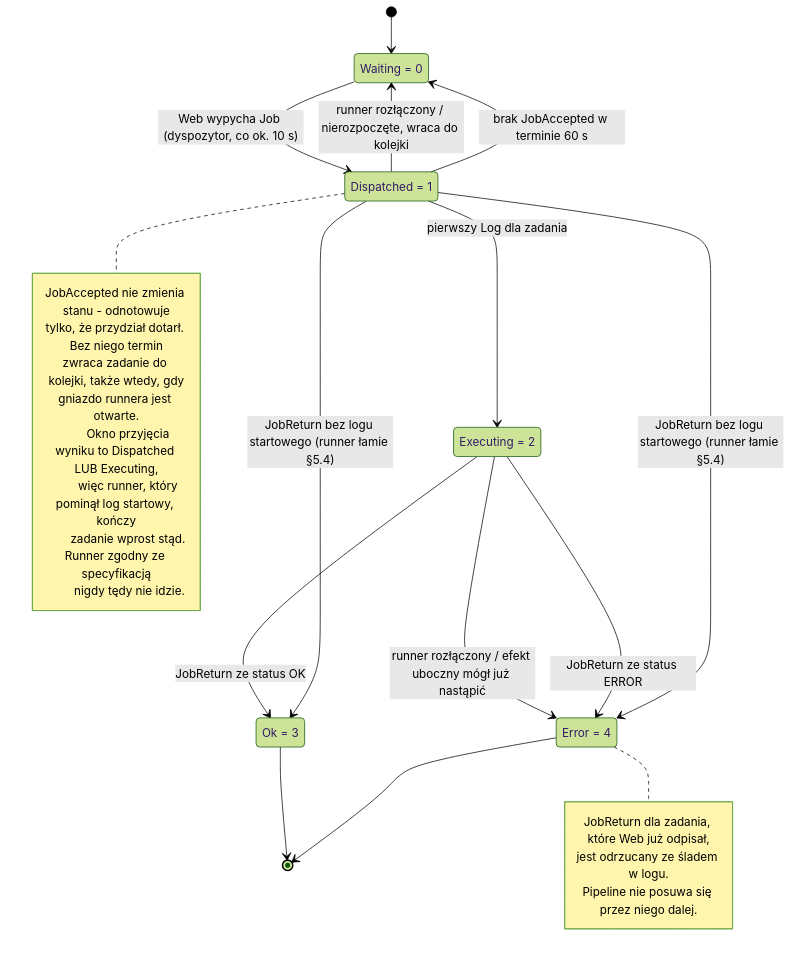
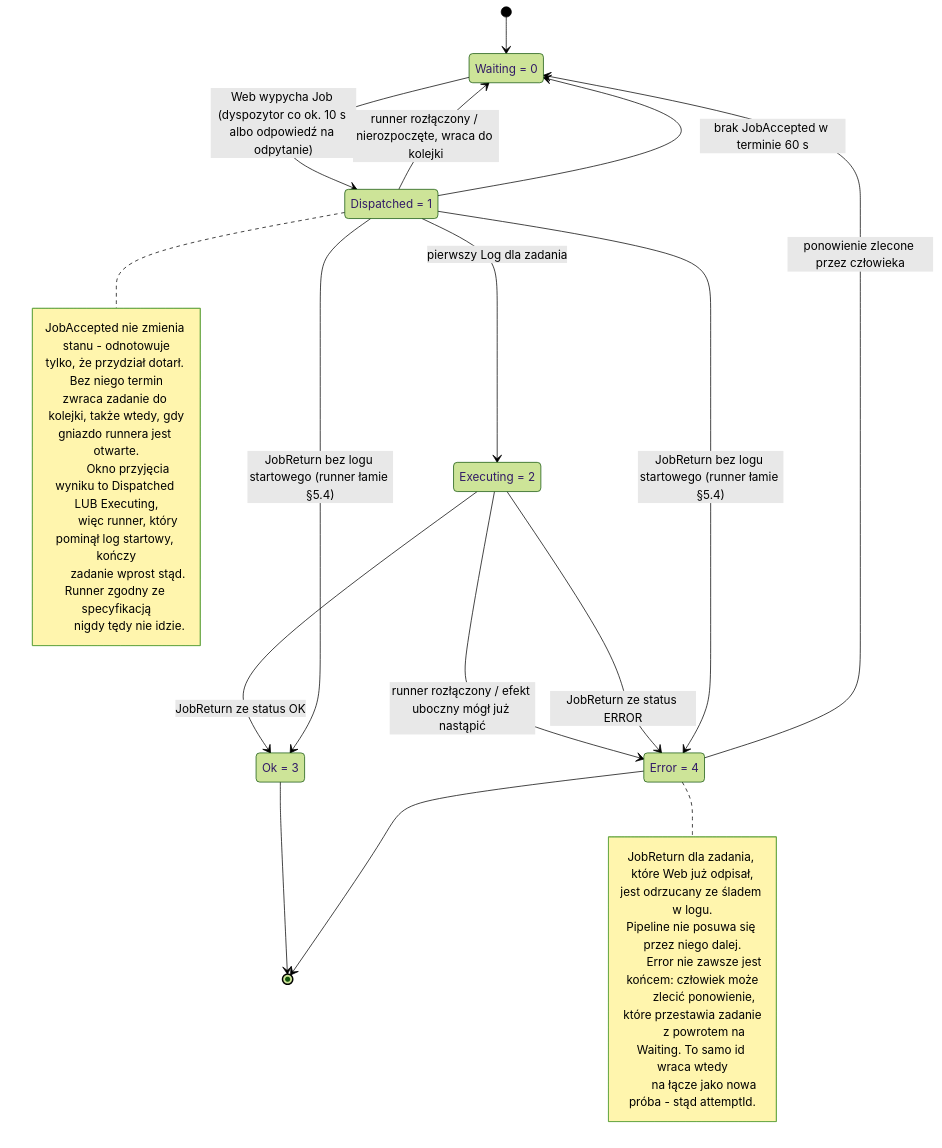
Before and after one commit to zapqio/protocol: the second of 3 diagrams in PROTOCOL.md, drawn with Mermaid (forest theme). The commit also changed other lines of this file and 3 other files, not shown here.

````diff
--- a/PROTOCOL.md
+++ b/PROTOCOL.md
@@ -340,39 +443,45 @@
 ```mermaid
 stateDiagram-v2
     state "Waiting = 0" as Waiting
     state "Dispatched = 1" as Dispatched
     state "Executing = 2" as Executing
     state "Ok = 3" as Ok
     state "Error = 4" as Error
 
     [*] --> Waiting
-    Waiting --> Dispatched: Web wypycha Job (dyspozytor, co ok. 10 s)
+    Waiting --> Dispatched: Web wypycha Job (dyspozytor co ok. 10 s albo odpowiedź na odpytanie)
     Dispatched --> Executing: pierwszy Log dla zadania
     Dispatched --> Waiting: runner rozłączony / nierozpoczęte, wraca do kolejki
     Dispatched --> Waiting: brak JobAccepted w terminie 60 s
     Executing --> Error: runner rozłączony / efekt uboczny mógł już nastąpić
     Executing --> Ok: JobReturn ze status OK
     Executing --> Error: JobReturn ze status ERROR
     Dispatched --> Ok: JobReturn bez logu startowego (runner łamie §5.4)
     Dispatched --> Error: JobReturn bez logu startowego (runner łamie §5.4)
+    Error --> Waiting: ponowienie zlecone przez człowieka
     Ok --> [*]
     Error --> [*]
 
     note right of Dispatched
         JobAccepted nie zmienia stanu - odnotowuje
         tylko, że przydział dotarł. Bez niego termin
         zwraca zadanie do kolejki, także wtedy, gdy
         gniazdo runnera jest otwarte.
 
         Okno przyjęcia wyniku to Dispatched LUB Executing,
         więc runner, który pominął log startowy, kończy
         zadanie wprost stąd. Runner zgodny ze specyfikacją
         nigdy tędy nie idzie.
     end note
 
     note right of Error
         JobReturn dla zadania, które Web już odpisał,
         jest odrzucany ze śladem w logu.
         Pipeline nie posuwa się przez niego dalej.
+
+        Error nie zawsze jest końcem: człowiek może
+        zlecić ponowienie, które przestawia zadanie
+        z powrotem na Waiting. To samo id wraca wtedy
+        na łącze jako nowa próba - stąd attemptId.
     end note
 ```
````
